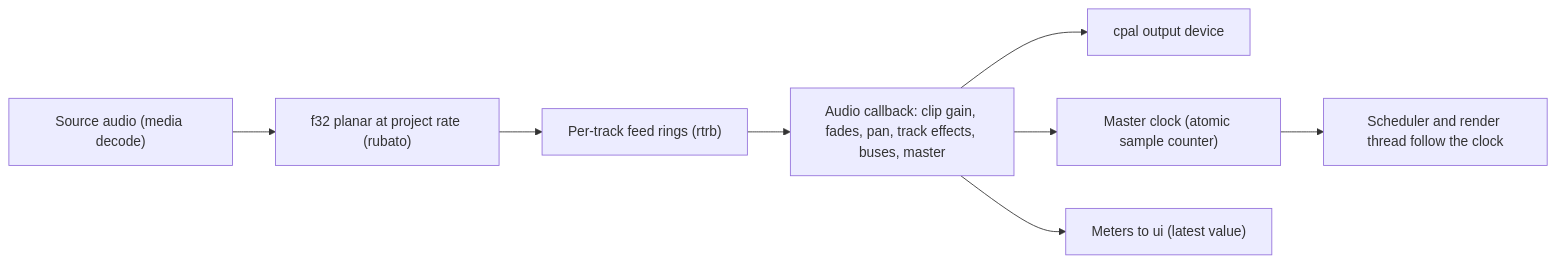
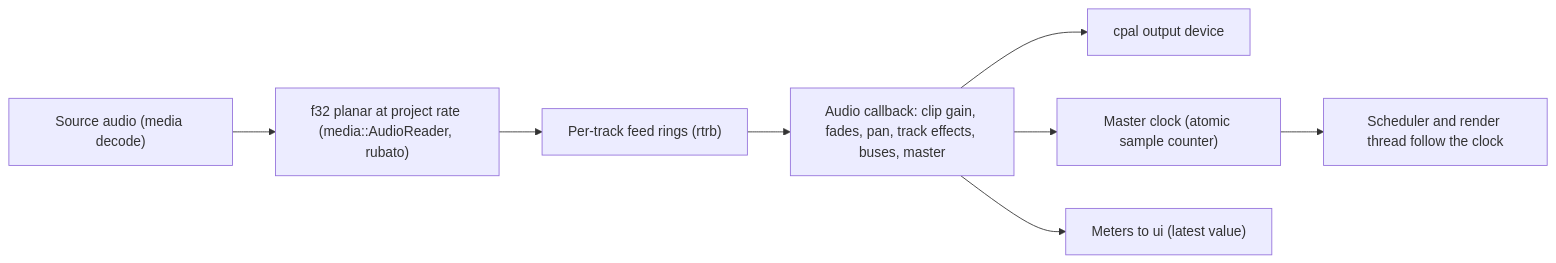
The sixth of 6 diagrams in docs/ARCHITECTURE.md (RayenTellissy/glass), drawn with Mermaid before and after one commit. The commit also changed other lines of this file and 15 other files, not shown here.

````diff
--- a/docs/ARCHITECTURE.md
+++ b/docs/ARCHITECTURE.md
@@ -241,10 +242,10 @@
 ```mermaid
 flowchart LR
-    A["Source audio (media decode)"] --> B["f32 planar at project rate (rubato)"]
+    A["Source audio (media decode)"] --> B["f32 planar at project rate (media::AudioReader, rubato)"]
     B --> C["Per-track feed rings (rtrb)"]
     C --> D["Audio callback: clip gain, fades, pan, track effects, buses, master"]
     D --> E["cpal output device"]
     D --> F["Master clock (atomic sample counter)"]
     D --> G["Meters to ui (latest value)"]
     F --> H["Scheduler and render thread follow the clock"]
 ```
````
